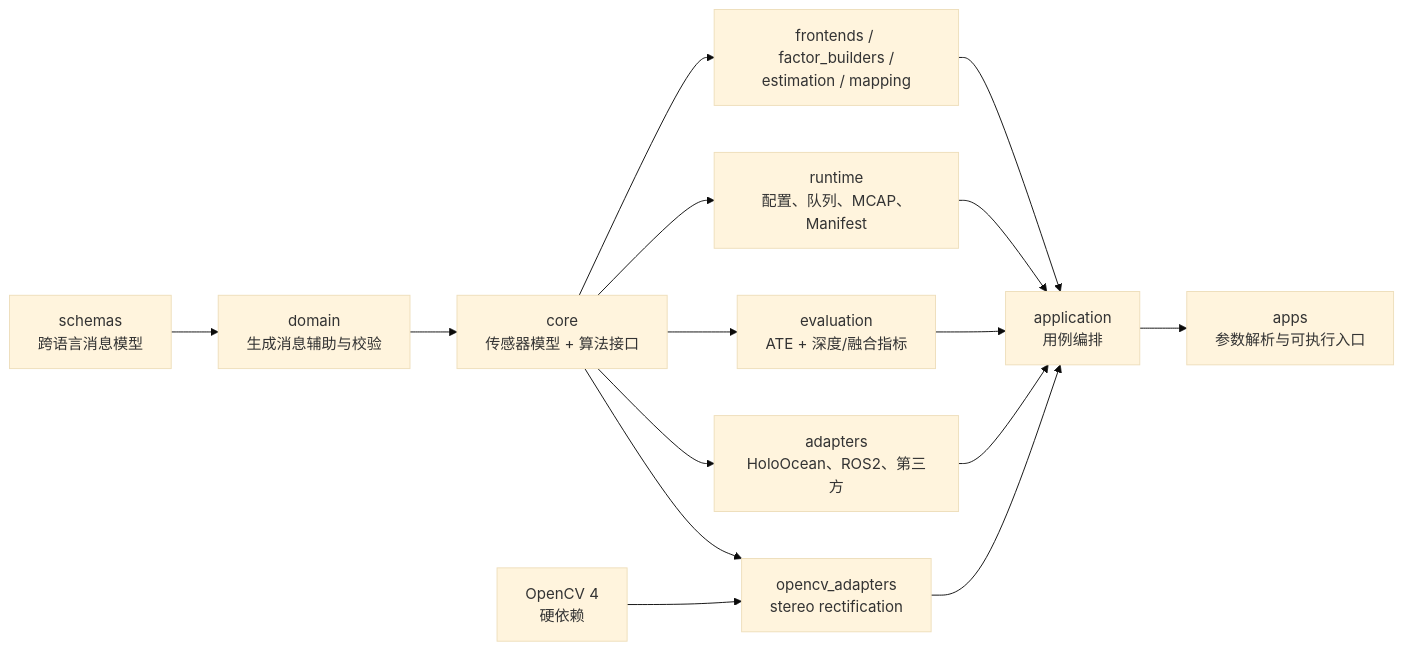
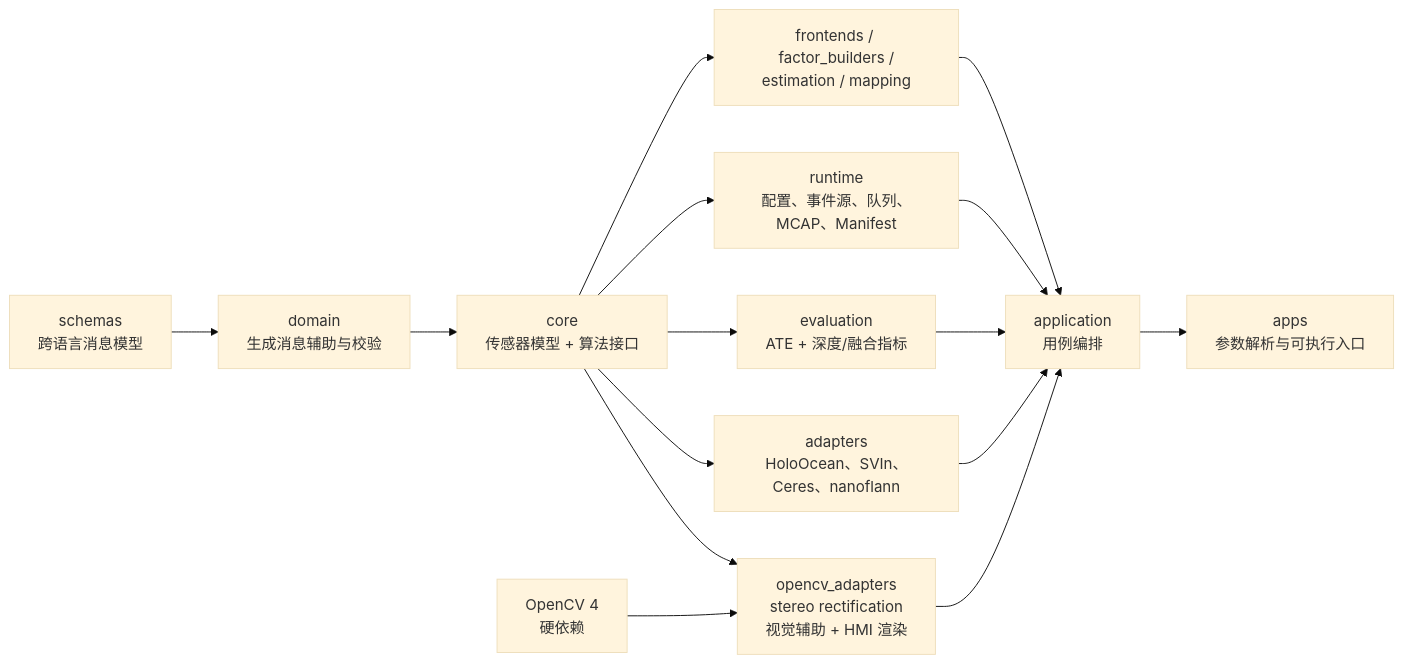
One commit to PengBY91/uw_slam changed the third of 3 diagrams in README.md. Above: the diagram before and after it, drawn with Mermaid (base theme). The commit also changed other lines of this file and 2 other files, not shown here.

````diff
--- a/README.md
+++ b/README.md
@@ -210,17 +385,17 @@
 ```mermaid
 flowchart LR
     SCHEMAS[schemas<br/>跨语言消息模型] --> DOMAIN[domain<br/>生成消息辅助与校验]
     DOMAIN --> CORE[core<br/>传感器模型 + 算法接口]
     CORE --> ALGO["frontends / factor_builders /<br/>estimation / mapping"]
-    CORE --> RUNTIME[runtime<br/>配置、队列、MCAP、Manifest]
+    CORE --> RUNTIME[runtime<br/>配置、事件源、队列、MCAP、Manifest]
     CORE --> EVAL[evaluation<br/>ATE + 深度/融合指标]
-    CORE --> ADAPTERS[adapters<br/>HoloOcean、ROS2、第三方]
-    CORE --> OPENCV_ADAPTERS[opencv_adapters<br/>stereo rectification]
+    CORE --> ADAPTERS[adapters<br/>HoloOcean、SVIn、Ceres、nanoflann]
+    CORE --> OPENCV_ADAPTERS[opencv_adapters<br/>stereo rectification<br/>视觉辅助 + HMI 渲染]
     OPENCV[OpenCV 4<br/>硬依赖] --> OPENCV_ADAPTERS
     ALGO --> APPLICATION[application<br/>用例编排]
     RUNTIME --> APPLICATION
     EVAL --> APPLICATION
     ADAPTERS --> APPLICATION
     OPENCV_ADAPTERS --> APPLICATION
     APPLICATION --> APPS[apps<br/>参数解析与可执行入口]
 ```
````
